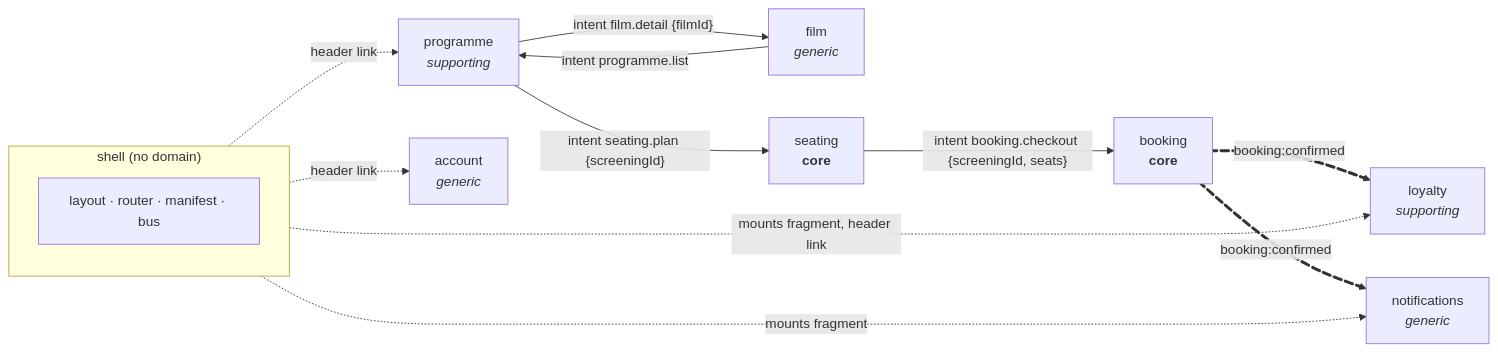
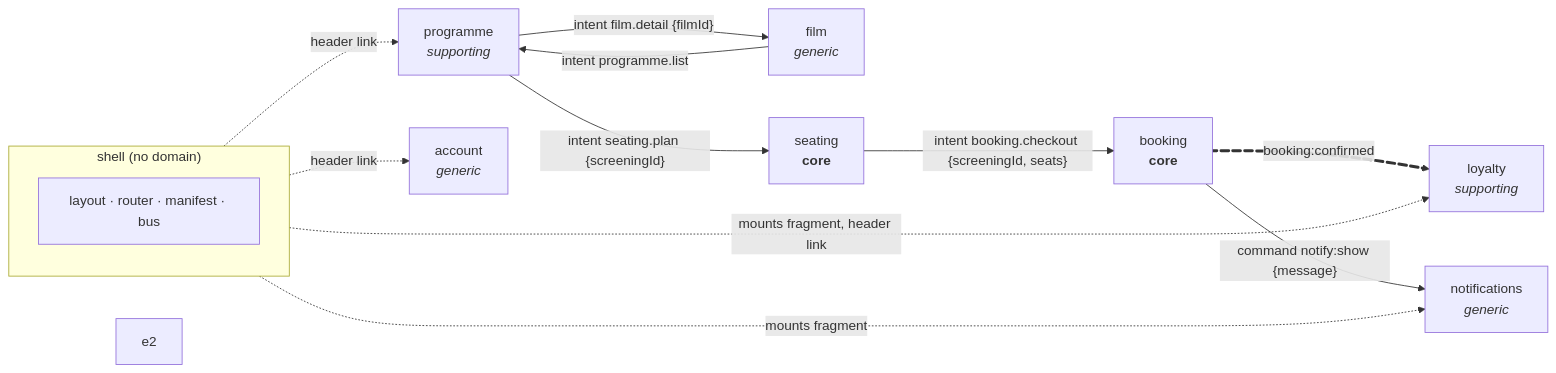
The diagram in angular/cinema/docs/domain.md (native-federation/playground), drawn with Mermaid before and after one commit. The commit also changed other lines of this file and 6 other files, not shown here.

First line of the commit message:
feat(cinema): add the notify:show command to the contract

````diff
--- a/angular/cinema/docs/domain.md
+++ b/angular/cinema/docs/domain.md
@@ -104,30 +107,30 @@
 ```mermaid
 flowchart LR
     subgraph Shell["shell (no domain)"]
         direction TB
         SH["layout · router · manifest · bus"]
     end
 
     PROG["programme<br/><i>supporting</i>"]
     FILM["film<br/><i>generic</i>"]
     SEAT["seating<br/><b>core</b>"]
     BOOK["booking<br/><b>core</b>"]
     LOY["loyalty<br/><i>supporting</i>"]
     NOTI["notifications<br/><i>generic</i>"]
     ACC["account<br/><i>generic</i>"]
 
     PROG -- "intent film.detail {filmId}" --> FILM
     PROG -- "intent seating.plan {screeningId}" --> SEAT
     FILM -- "intent programme.list" --> PROG
     SEAT -- "intent booking.checkout {screeningId, seats}" --> BOOK
     BOOK e1@== "booking:confirmed" ==> LOY
-    BOOK e2@== "booking:confirmed" ==> NOTI
+    BOOK -- "command notify:show {message}" --> NOTI
 
     Shell -. "header link" .-> PROG
     Shell -. "mounts fragment, header link" .-> LOY
     Shell -. "mounts fragment" .-> NOTI
     Shell -. "header link" .-> ACC
 
     e1@{animate: true}
     e2@{animate: true}
 ```
````
